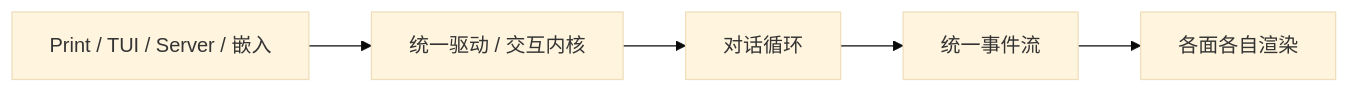
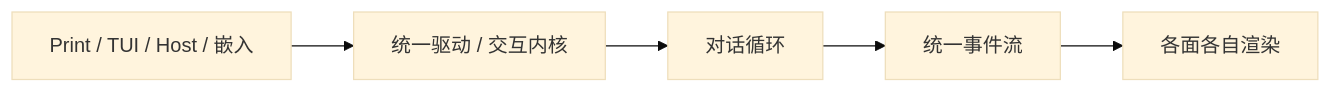
The diagram in docs/architecture/库与多客户端.md (StrayDragon/xylitol), drawn with Mermaid (base theme) before and after one commit. The commit also changed other lines of this file and 12 other files, not shown here.

````diff
--- a/docs/architecture/库与多客户端.md
+++ b/docs/architecture/库与多客户端.md
@@ -24,7 +23,7 @@
 ```mermaid
 flowchart LR
-  Clients["Print / TUI / Server / 嵌入"] --> XyDriver["统一驱动 / 交互内核"]
+  Clients["Print / TUI / Host / 嵌入"] --> XyDriver["统一驱动 / 交互内核"]
   XyDriver --> Loop["对话循环"]
   Loop --> Events["统一事件流"]
   Events --> Render["各面各自渲染"]
 ```
````
